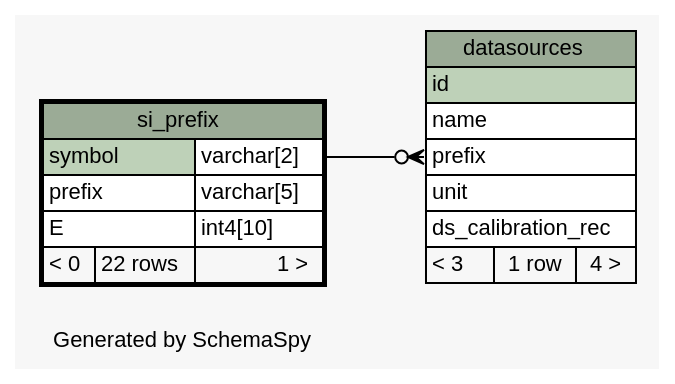
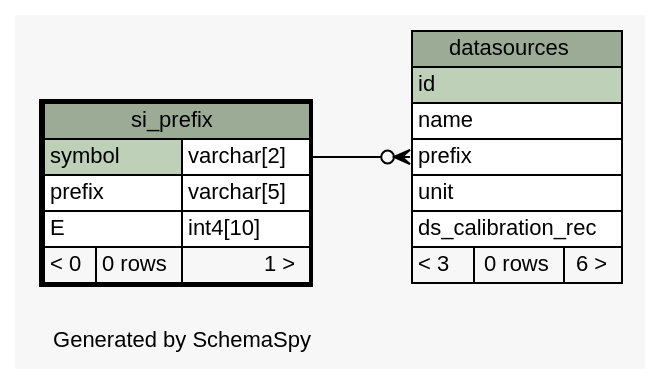
One commit to tgbugs/mlab changed the diagram in database/ss/diagrams/si_prefix.1degree.dot. Above: the diagram before and after it, drawn with Graphviz. The commit also changed 227 other files, not shown here.

```diff
--- a/database/ss/diagrams/si_prefix.1degree.dot
+++ b/database/ss/diagrams/si_prefix.1degree.dot
@@ -1,49 +1,49 @@
 // dot 2.32.0 on Windows 7 6.1
 // SchemaSpy rev 590
 digraph "oneDegreeRelationshipsDiagram" {
   graph [
     rankdir="RL"
     bgcolor="#f7f7f7"
     label="\nGenerated by SchemaSpy"
     labeljust="l"
     nodesep="0.18"
     ranksep="0.46"
     fontname="Helvetica"
     fontsize="11"
   ];
   node [
     fontname="Helvetica"
     fontsize="11"
     shape="plaintext"
   ];
   edge [
     arrowsize="0.8"
   ];
   "datasources":"prefix":w -> "si_prefix":"symbol.type":e [arrowhead=none dir=back arrowtail=crowodot];
   "datasources" [
     label=<
     <TABLE BORDER="0" CELLBORDER="1" CELLSPACING="0" BGCOLOR="#ffffff">
       <TR><TD COLSPAN="3" BGCOLOR="#9bab96" ALIGN="CENTER">datasources</TD></TR>
       <TR><TD PORT="id" COLSPAN="3" BGCOLOR="#bed1b8" ALIGN="LEFT">id</TD></TR>
       <TR><TD PORT="name" COLSPAN="3" ALIGN="LEFT">name</TD></TR>
       <TR><TD PORT="prefix" COLSPAN="3" ALIGN="LEFT">prefix</TD></TR>
       <TR><TD PORT="unit" COLSPAN="3" ALIGN="LEFT">unit</TD></TR>
       <TR><TD PORT="ds_calibration_rec" COLSPAN="3" ALIGN="LEFT">ds_calibration_rec</TD></TR>
-      <TR><TD ALIGN="LEFT" BGCOLOR="#f7f7f7">&lt; 3</TD><TD ALIGN="RIGHT" BGCOLOR="#f7f7f7">1 row</TD><TD ALIGN="RIGHT" BGCOLOR="#f7f7f7">4 &gt;</TD></TR>
+      <TR><TD ALIGN="LEFT" BGCOLOR="#f7f7f7">&lt; 3</TD><TD ALIGN="RIGHT" BGCOLOR="#f7f7f7">0 rows</TD><TD ALIGN="RIGHT" BGCOLOR="#f7f7f7">6 &gt;</TD></TR>
     </TABLE>>
     URL="datasources.html"
     tooltip="datasources"
   ];
   "si_prefix" [
     label=<
     <TABLE BORDER="2" CELLBORDER="1" CELLSPACING="0" BGCOLOR="#ffffff">
       <TR><TD COLSPAN="3" BGCOLOR="#9bab96" ALIGN="CENTER">si_prefix</TD></TR>
       <TR><TD PORT="symbol" COLSPAN="2" BGCOLOR="#bed1b8" ALIGN="LEFT">symbol</TD><TD PORT="symbol.type" ALIGN="LEFT">varchar[2]</TD></TR>
       <TR><TD PORT="prefix" COLSPAN="2" ALIGN="LEFT">prefix</TD><TD PORT="prefix.type" ALIGN="LEFT">varchar[5]</TD></TR>
       <TR><TD PORT="E" COLSPAN="2" ALIGN="LEFT">E</TD><TD PORT="E.type" ALIGN="LEFT">int4[10]</TD></TR>
-      <TR><TD ALIGN="LEFT" BGCOLOR="#f7f7f7">&lt; 0</TD><TD ALIGN="RIGHT" BGCOLOR="#f7f7f7">22 rows</TD><TD ALIGN="RIGHT" BGCOLOR="#f7f7f7">1 &gt;</TD></TR>
+      <TR><TD ALIGN="LEFT" BGCOLOR="#f7f7f7">&lt; 0</TD><TD ALIGN="RIGHT" BGCOLOR="#f7f7f7">0 rows</TD><TD ALIGN="RIGHT" BGCOLOR="#f7f7f7">1 &gt;</TD></TR>
     </TABLE>>
     URL="si_prefix.html"
     tooltip="si_prefix"
   ];
 }
```
